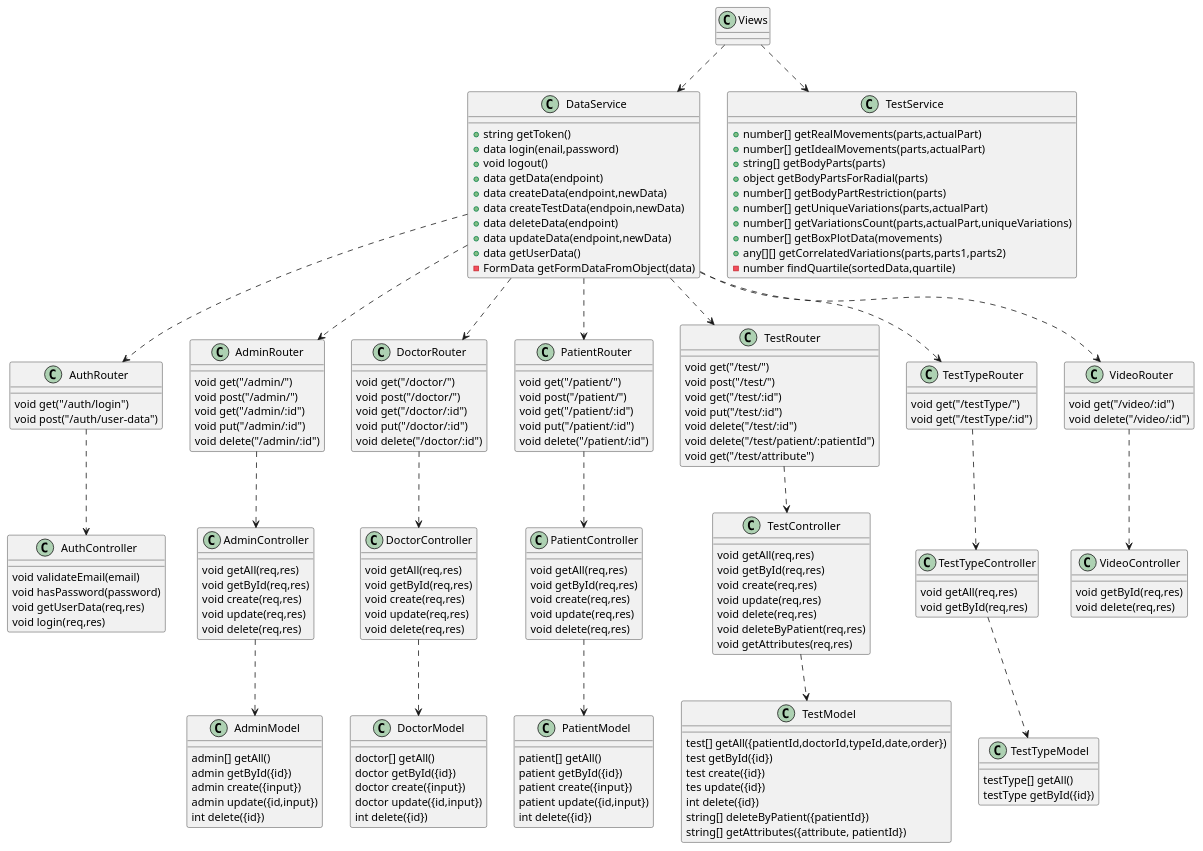
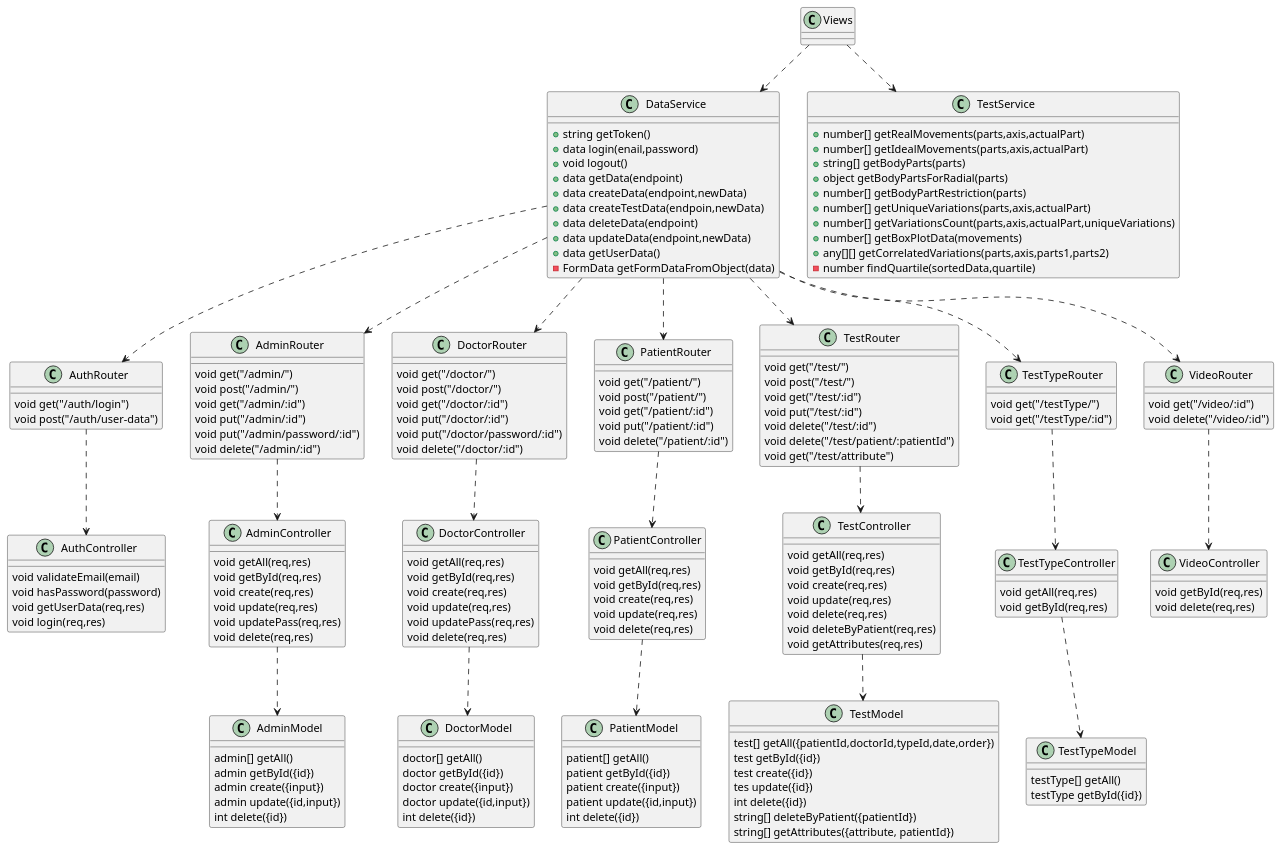
One commit to TFG-SGM/memoria changed the second of 2 diagrams in templateAPP/input/chapters/04_resultado.md. Above: the diagram before and after it, drawn with PlantUML. The commit also changed 26 other files, not shown here.

```diff
--- a/templateAPP/input/chapters/04_resultado.md
+++ b/templateAPP/input/chapters/04_resultado.md
@@ -99,15 +99,15 @@
 TestTypeController ..> TestTypeModel
 
 class TestService {
-	+number[] getRealMovements(parts,actualPart)
-    +number[] getIdealMovements(parts,actualPart)
+	+number[] getRealMovements(parts,axis,actualPart)
+    +number[] getIdealMovements(parts,axis,actualPart)
     +string[] getBodyParts(parts)
     +object getBodyPartsForRadial(parts)
     +number[] getBodyPartRestriction(parts)
-    +number[] getUniqueVariations(parts,actualPart)
-    +number[] getVariationsCount(parts,actualPart,uniqueVariations)
+    +number[] getUniqueVariations(parts,axis,actualPart)
+    +number[] getVariationsCount(parts,axis,actualPart,uniqueVariations)
     +number[] getBoxPlotData(movements)
-    +any[][] getCorrelatedVariations(parts,parts1,parts2)
+    +any[][] getCorrelatedVariations(parts,axis,parts1,parts2)
     -number findQuartile(sortedData,quartile)
 }
 
@@ -134,6 +134,7 @@
 	void post("/admin/")
 	void get("/admin/:id")
 	void put("/admin/:id")
+	void put("/admin/password/:id")
 	void delete("/admin/:id")
 }
 
@@ -142,6 +143,7 @@
 	void post("/doctor/")
 	void get("/doctor/:id")
 	void put("/doctor/:id")
+	void put("/doctor/password/:id")
 	void delete("/doctor/:id")
 }
 
@@ -185,6 +187,7 @@
 	void getById(req,res)
 	void create(req,res)
 	void update(req,res)
+	void updatePass(req,res)
 	void delete(req,res)
 }
 
@@ -193,6 +196,7 @@
 	void getById(req,res)
 	void create(req,res)
 	void update(req,res)
+	void updatePass(req,res)
 	void delete(req,res)
 }
 
```
